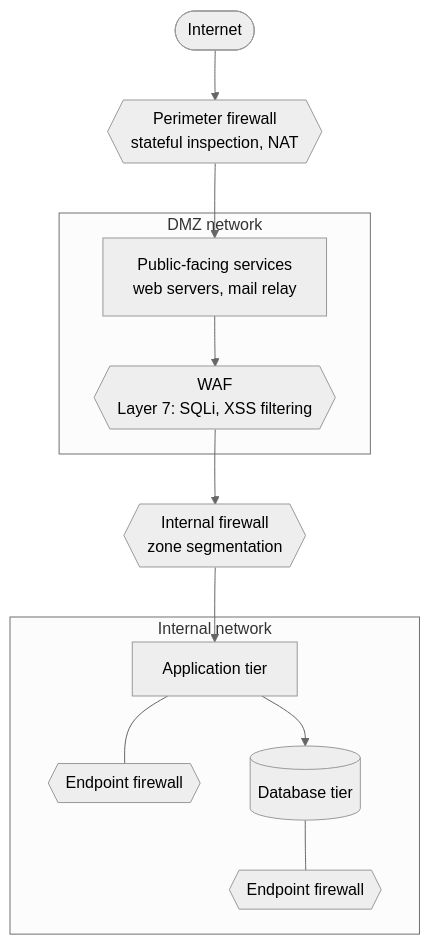
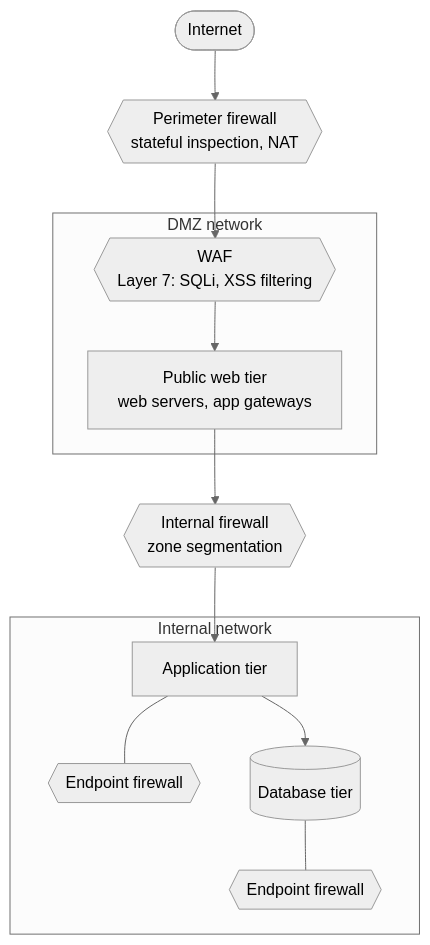
The third of 9 diagrams in src/content/docs/lectures/network-services-and-application-delivery.mdx (adulbrich/cs312), drawn with Mermaid (neutral theme) before and after one commit. The commit also changed other lines of this file, not shown here.

Commit message:
polished network services

````diff
--- a/src/content/docs/lectures/network-services-and-application-delivery.mdx
+++ b/src/content/docs/lectures/network-services-and-application-delivery.mdx
@@ -185,28 +185,28 @@
 ```mermaid
 flowchart TB
   Internet(["Internet"])
   PF{{"Perimeter firewall\nstateful inspection, NAT"}}
 
   subgraph DMZNet ["DMZ network"]
-    DMZSvc["Public-facing services\nweb servers, mail relay"]
     WAF{{"WAF\nLayer 7: SQLi, XSS filtering"}}
+    DMZSvc["Public web tier\nweb servers, app gateways"]
   end
 
   IF{{"Internal firewall\nzone segmentation"}}
 
   subgraph InternalNet ["Internal network"]
     App["Application tier"]
     AppEFW{{"Endpoint firewall"}}
     DB[("Database tier")]
     DBEFW{{"Endpoint firewall"}}
     App --- AppEFW
     DB --- DBEFW
   end
 
   Internet --> PF
-  PF --> DMZSvc
-  DMZSvc --> WAF
-  WAF --> IF
+  PF --> WAF
+  WAF --> DMZSvc
+  DMZSvc --> IF
   IF --> App
   App --> DB
 ```
````
